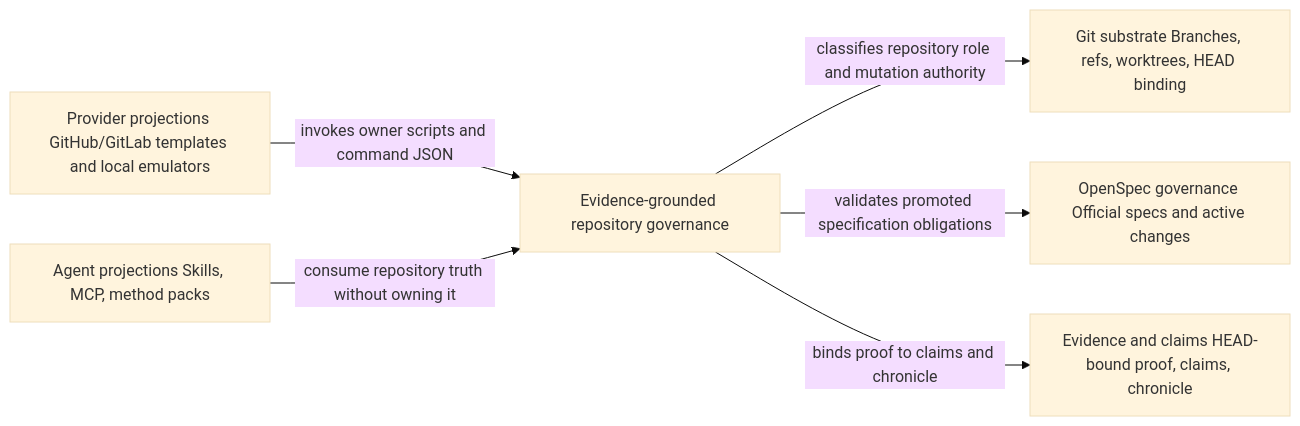
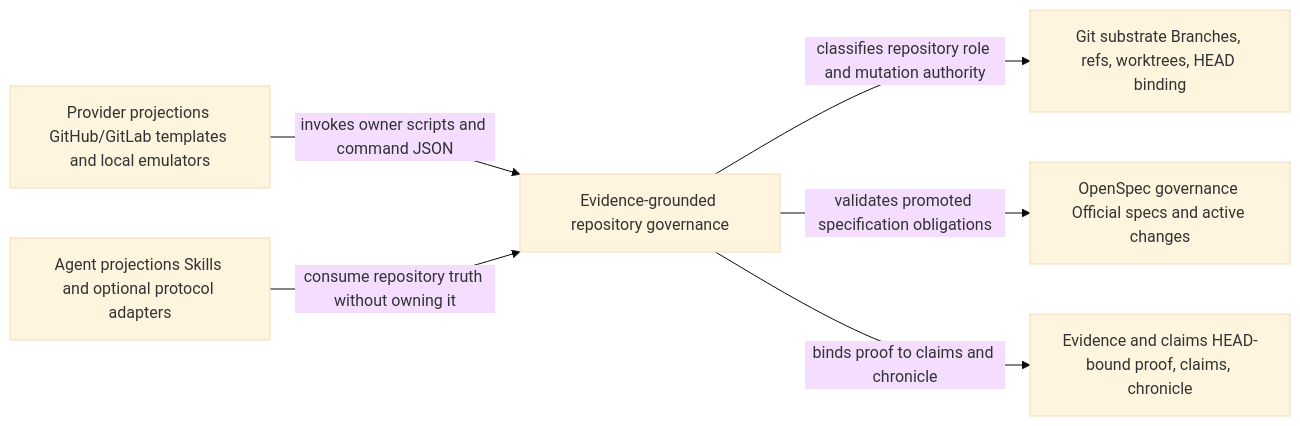
Before and after one commit to HengYangDS/ethos: the diagram in docs/architecture/_generated/ethos-repository.mmd, drawn with Mermaid (base theme). The commit also changed 535 other files, not shown here.

```diff
--- a/docs/architecture/_generated/ethos-repository.mmd
+++ b/docs/architecture/_generated/ethos-repository.mmd
@@ -1,13 +1,13 @@
 %% Generated from .config/checks/architecture/models/ethos_repository.c4. Do not edit by hand.
 flowchart LR
   ETHOS["Evidence-grounded repository governance"]
   Git["Git substrate Branches, refs, worktrees, HEAD binding"]
   OpenSpec["OpenSpec governance Official specs and active changes"]
   Evidence["Evidence and claims HEAD-bound proof, claims, chronicle"]
   CI["Provider projections GitHub/GitLab templates and local emulators"]
-  Agents["Agent projections Skills, MCP, method packs"]
+  Agents["Agent projections Skills and optional protocol adapters"]
   ETHOS -->|"classifies repository role and mutation authority"| Git
   ETHOS -->|"validates promoted specification obligations"| OpenSpec
   ETHOS -->|"binds proof to claims and chronicle"| Evidence
   CI -->|"invokes owner scripts and command JSON"| ETHOS
   Agents -->|"consume repository truth without owning it"| ETHOS
```
